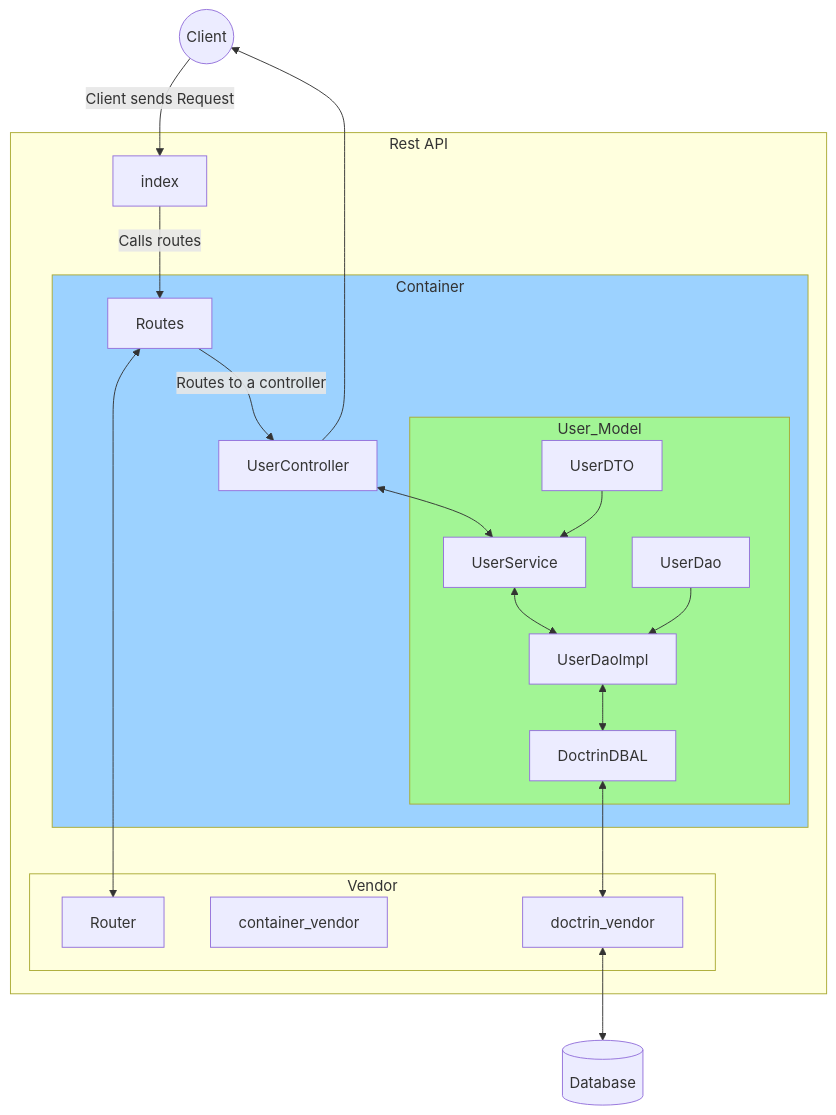
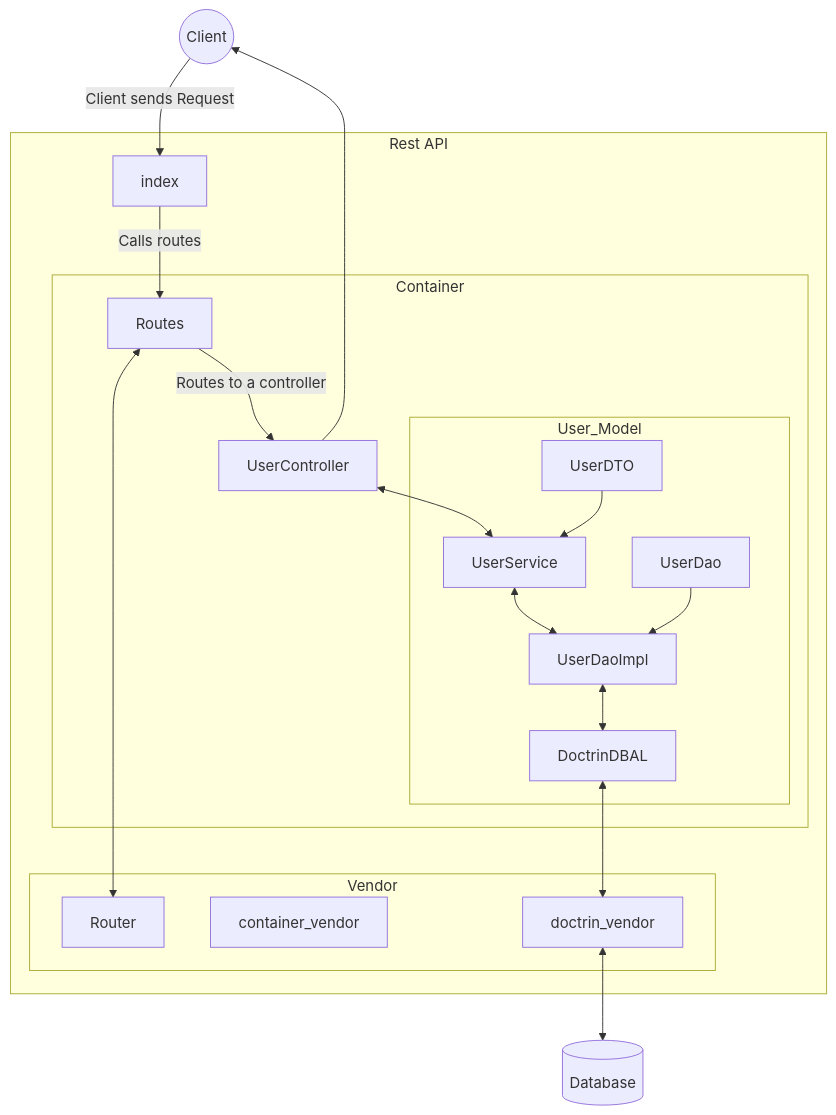
Before and after one commit to Patapataro/Patient-Rest-API: the diagram in README.md, drawn with Mermaid.

Commit message:
Removed graph color

````diff
--- a/README.md
+++ b/README.md
@@ -41,34 +41,32 @@
 ```mermaid
 flowchart  TD
 id2((Client)) --> |Client sends Request| index
 UserController --> id2
 
 subgraph Rest API
 	subgraph  id4[Container]
 		Routes --> |Routes to a controller |UserController 
 		UserController <--> UserService 
 		
 		subgraph  id3[User_Model]
 			UserDTO --> UserService
 			UserService <--> UserDaoImpl
 			UserDao --> UserDaoImpl
 			UserDaoImpl <--> DoctrinDBAL
 		end
 	end
 
 	subgraph Vendor
 		Router
 		container_vendor 
 		doctrin_vendor
 	end
 	
 	index --> |Calls routes| Routes
 	Routes <--> Router
 	DoctrinDBAL <--> doctrin_vendor
 	
 end
 	doctrin_vendor<--> id1[(Database)]
 
-	style id4 fill:#9cd2ff
-	style id3 fill:#a2f595
 ```
````
